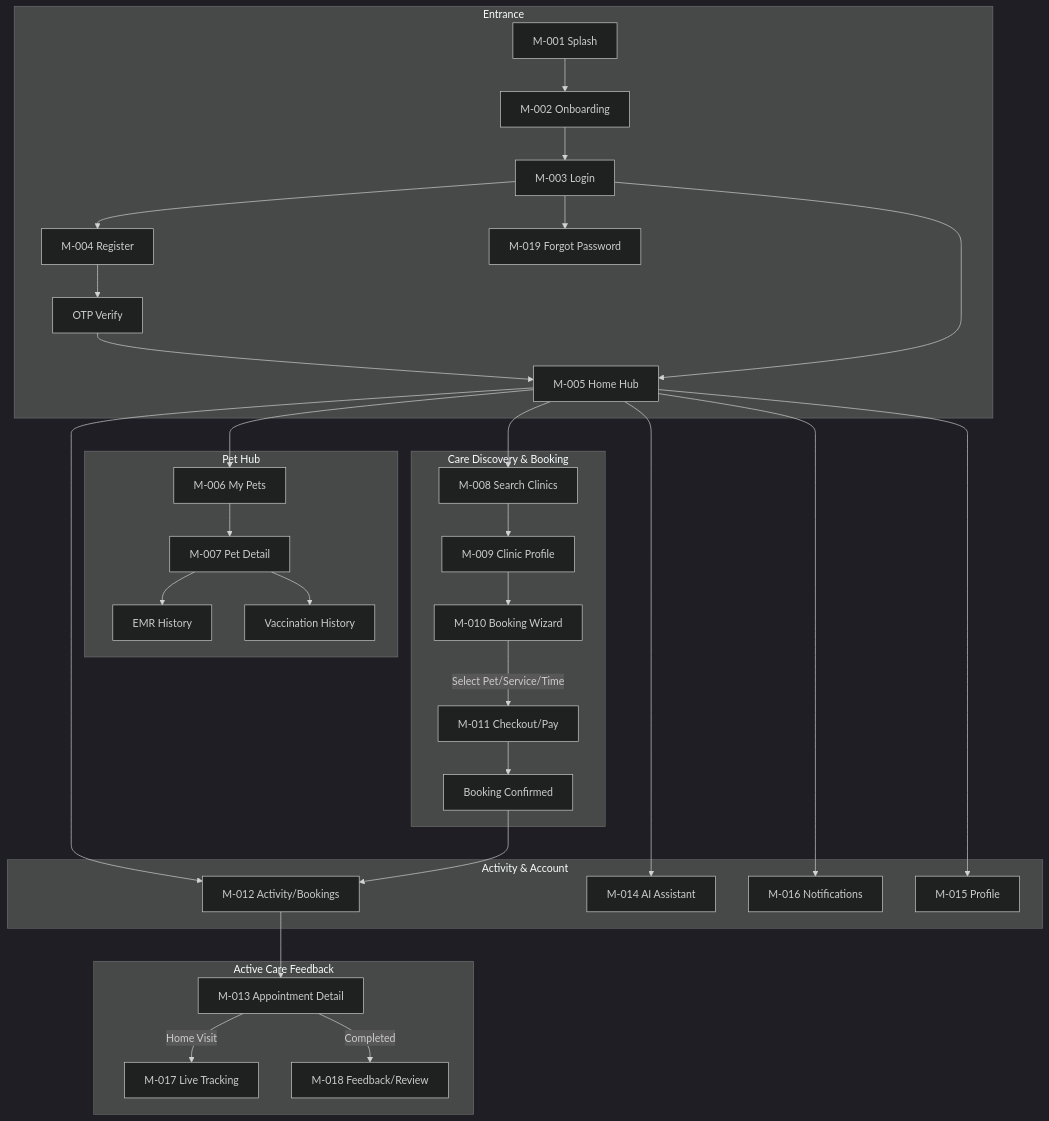
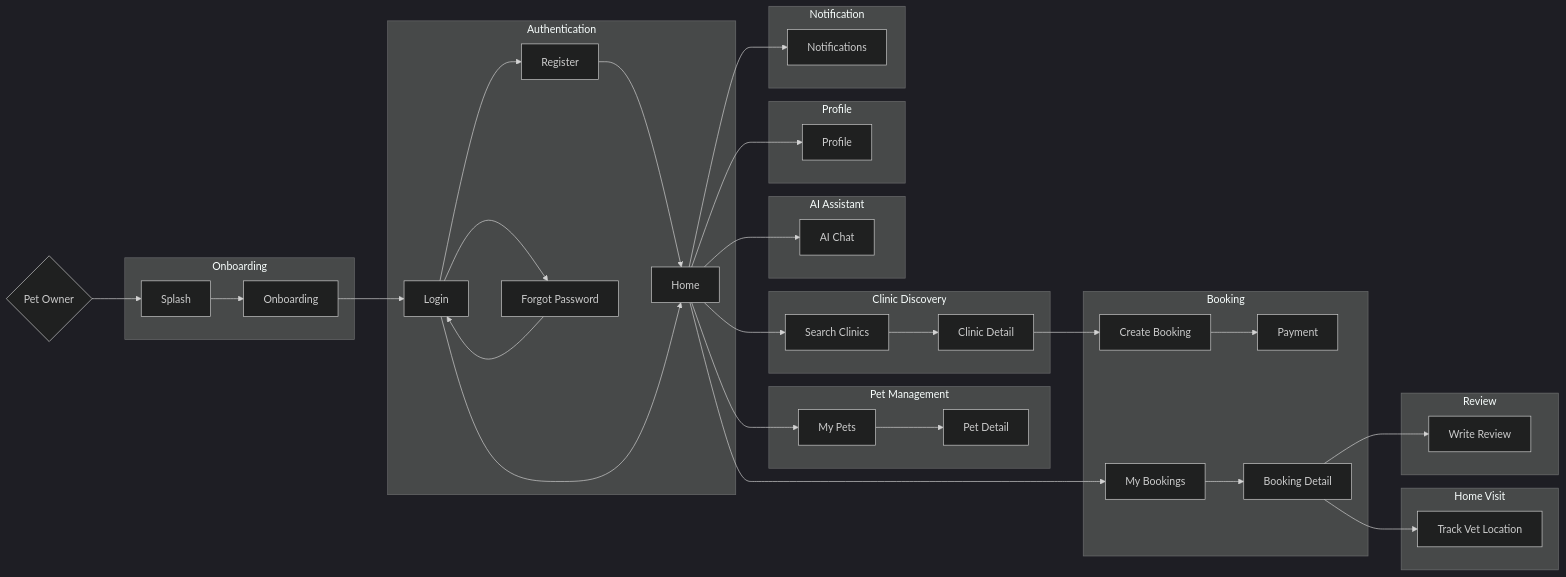
The third of 9 diagrams in docs-references/documentation/SRS/PETTIES_SRS.md (espresso23/Petties-Veterinary-Appointment-Booking-Platform), drawn with Mermaid (dark theme) before and after one commit. The commit also changed other lines of this file and 2 other files, not shown here.

````diff
--- a/docs-references/documentation/SRS/PETTIES_SRS.md
+++ b/docs-references/documentation/SRS/PETTIES_SRS.md
@@ -348,41 +358,54 @@
 ```mermaid
-flowchart TB
-    subgraph "Entrance"
-        M_SPLASH[M-001 Splash] --> M_ONBOARD[M-002 Onboarding]
-        M_ONBOARD --> M_LOGIN[M-003 Login]
-        M_LOGIN --> M_REGISTER[M-004 Register]
-        M_LOGIN --> M_FORGOT[M-019 Forgot Password]
-        M_REGISTER --> M_OTP[OTP Verify]
-        M_OTP --> M_HOME[M-005 Home Hub]
-        M_LOGIN --> M_HOME
+flowchart LR
+    PO{Pet Owner} --> M001[Splash]
+
+    subgraph Onboarding
+        M001 --> M002[Onboarding]
     end
-    
-    subgraph "Pet Hub"
-        M_HOME --> M_PET_LIST[M-006 My Pets]
-        M_PET_LIST --> M_PET_DETAIL[M-007 Pet Detail]
-        M_PET_DETAIL --> M_EMR[EMR History]
-        M_PET_DETAIL --> M_VACCINE[Vaccination History]
+
+    subgraph Authentication
+        M002 --> M003[Login]
+        M003 --> M004[Register]
+        M003 --> M019[Forgot Password]
+        M004 --> M005[Home]
+        M003 --> M005
+        M019 --> M003
     end
-    
-    subgraph "Care Discovery & Booking"
-        M_HOME --> M_SEARCH[M-008 Search Clinics]
-        M_SEARCH --> M_CLINIC[M-009 Clinic Profile]
-        M_CLINIC --> M_BOOKING[M-010 Booking Wizard]
-        M_BOOKING -->|Select Pet/Service/Time| M_PAYMENT[M-011 Checkout/Pay]
-        M_PAYMENT --> M_CONFIRM[Booking Confirmed]
+
+    subgraph Pet_Management[Pet Management]
+        M005 --> M006[My Pets]
+        M006 --> M007[Pet Detail]
     end
-    
-    subgraph "Activity & Account"
-        M_HOME --> M_ACTIVITY[M-012 Activity/Bookings]
-        M_HOME --> M_AI[M-014 AI Assistant]
-        M_HOME --> M_NOTIF[M-016 Notifications]
-        M_HOME --> M_PROFILE[M-015 Profile]
+
+    subgraph Clinic_Discovery[Clinic Discovery]
+        M005 --> M008[Search Clinics]
+        M008 --> M009[Clinic Detail]
     end
-    
-    subgraph "Active Care Feedback"
-        M_CONFIRM --> M_ACTIVITY
-        M_ACTIVITY --> M_ACT_DETAIL[M-013 Appointment Detail]
-        M_ACT_DETAIL -->|Home Visit| M_TRACK[M-017 Live Tracking]
-        M_ACT_DETAIL -->|Completed| M_REVIEW[M-018 Feedback/Review]
+
+    subgraph Booking
+        M009 --> M010[Create Booking]
+        M010 --> M011[Payment]
+        M005 --> M012[My Bookings]
+        M012 --> M013[Booking Detail]
+    end
+
+    subgraph Home_Visit[Home Visit]
+        M013 --> M017[Track Vet Location]
+    end
+
+    subgraph Review
+        M013 --> M018[Write Review]
+    end
+
+    subgraph AI_Assistant[AI Assistant]
+        M005 --> M014[AI Chat]
+    end
+
+    subgraph Profile
+        M005 --> M015[Profile]
+    end
+
+    subgraph Notification
+        M005 --> M016[Notifications]
     end
 ```
````
